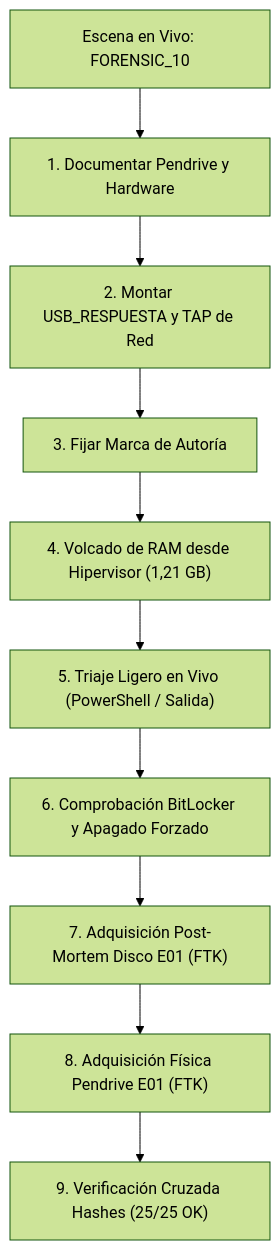
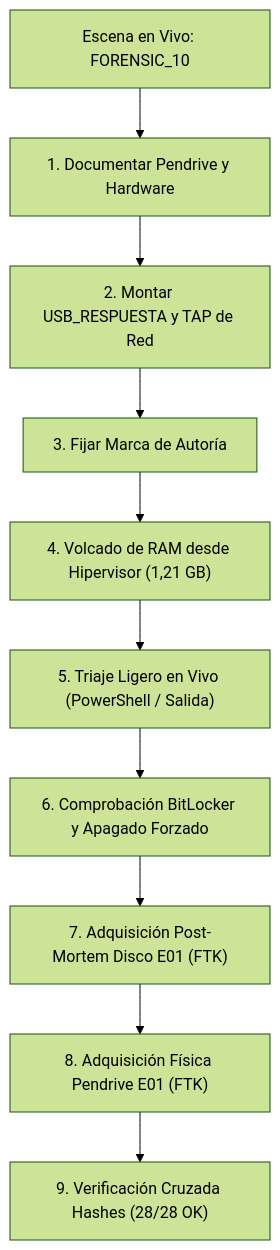
The diagram in notas-de-trabajo.md (Naleper90/afi-ud1-adquisicion), drawn with Mermaid (forest theme) before and after one commit. The commit also changed other lines of this file and 4 other files, not shown here.

````diff
--- a/notas-de-trabajo.md
+++ b/notas-de-trabajo.md
@@ -31,12 +31,12 @@
 ```mermaid
 flowchart TD
     A["Escena en Vivo: FORENSIC_10"] --> B["1. Documentar Pendrive y Hardware"]
     B --> C["2. Montar USB_RESPUESTA y TAP de Red"]
     C --> D["3. Fijar Marca de Autoría"]
     D --> E["4. Volcado de RAM desde Hipervisor (1,21 GB)"]
     E --> F["5. Triaje Ligero en Vivo (PowerShell / Salida)"]
     F --> G["6. Comprobación BitLocker y Apagado Forzado"]
     G --> H["7. Adquisición Post-Mortem Disco E01 (FTK)"]
     H --> I["8. Adquisición Física Pendrive E01 (FTK)"]
-    I --> J["9. Verificación Cruzada Hashes (25/25 OK)"]
+    I --> J["9. Verificación Cruzada Hashes (28/28 OK)"]
 ```
````
